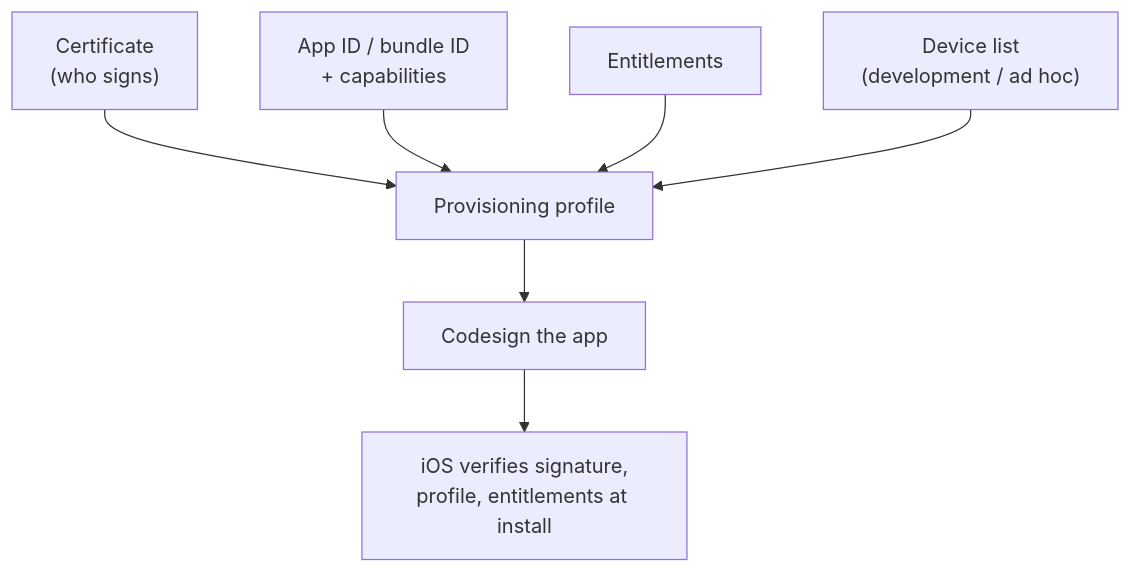
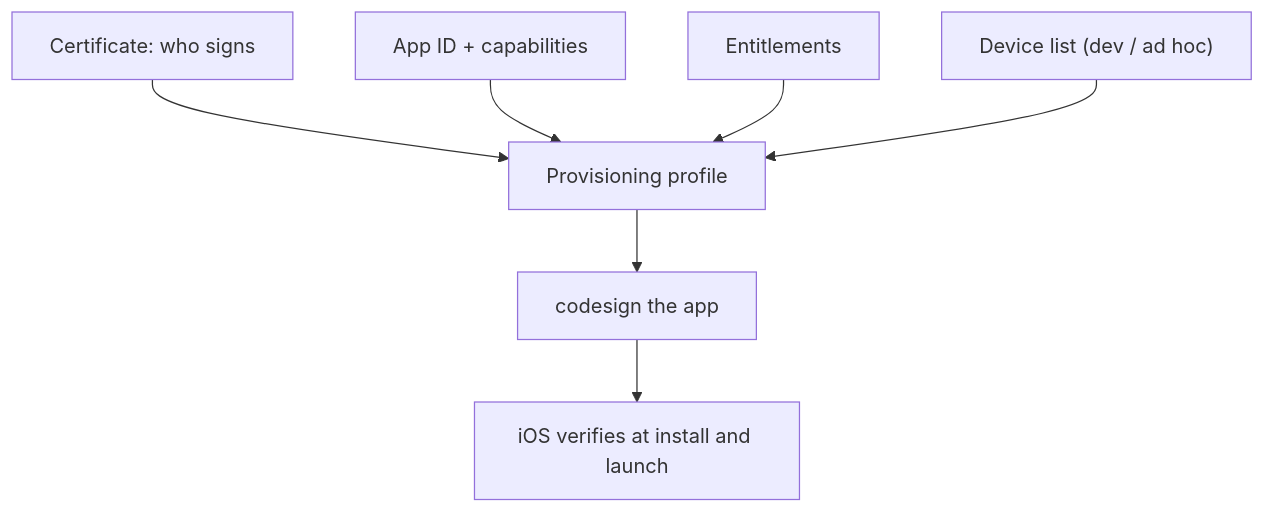
Before and after one commit to AkshayAshokCode/iOS-Interview-Questions-and-Answers: the fourth of 7 diagrams in topics/19-xcode-build-release.md, drawn with Mermaid. The commit also changed other lines of this file and 18 other files, not shown here.

````diff
--- a/topics/19-xcode-build-release.md
+++ b/topics/19-xcode-build-release.md
@@ -62,9 +247,9 @@
 ```mermaid
 flowchart TD
-    CERT["Certificate<br/>(who signs)"] --> PP["Provisioning profile"]
-    AID["App ID / bundle ID<br/>+ capabilities"] --> PP
+    CERT["Certificate: who signs"] --> PP["Provisioning profile"]
+    AID["App ID + capabilities"] --> PP
     ENT["Entitlements"] --> PP
-    DEV["Device list<br/>(development / ad hoc)"] --> PP
-    PP --> SIGN["Codesign the app"]
-    SIGN --> IOS["iOS verifies signature,<br/>profile, entitlements at install"]
+    DEV["Device list (dev / ad hoc)"] --> PP
+    PP --> SIGN["codesign the app"]
+    SIGN --> IOS["iOS verifies at install and launch"]
 ```
````
